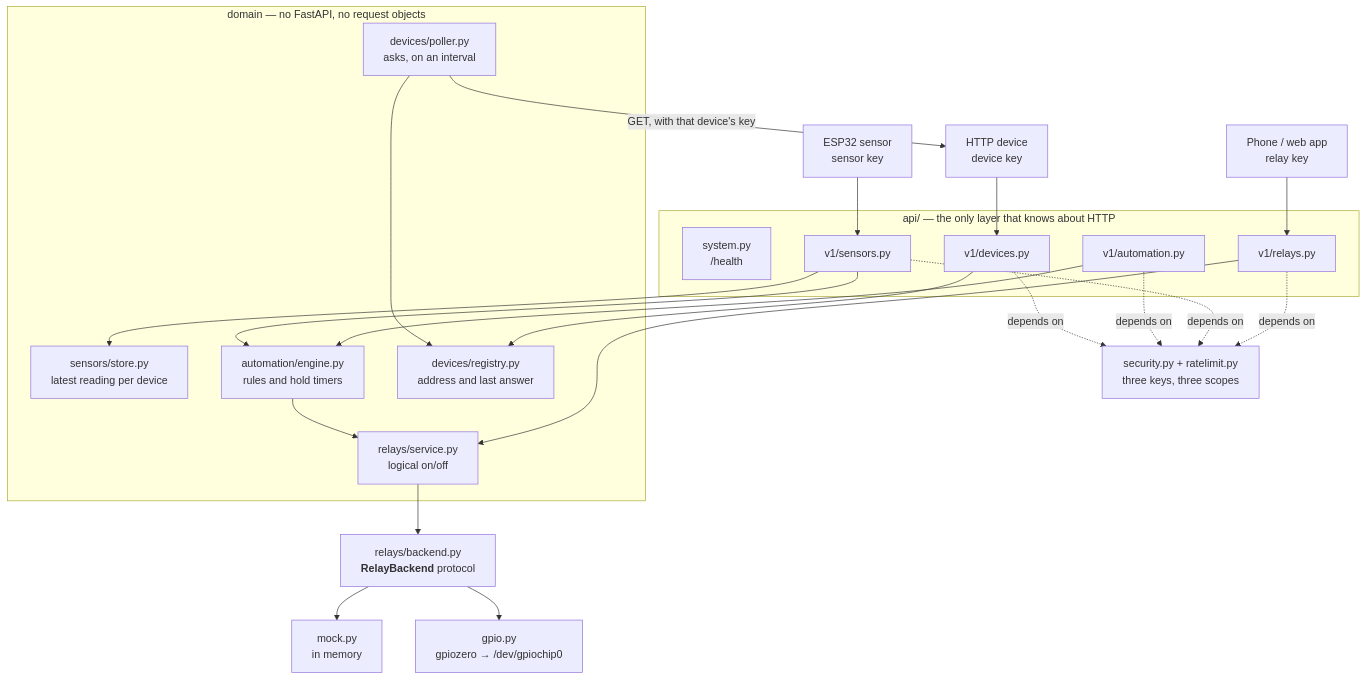
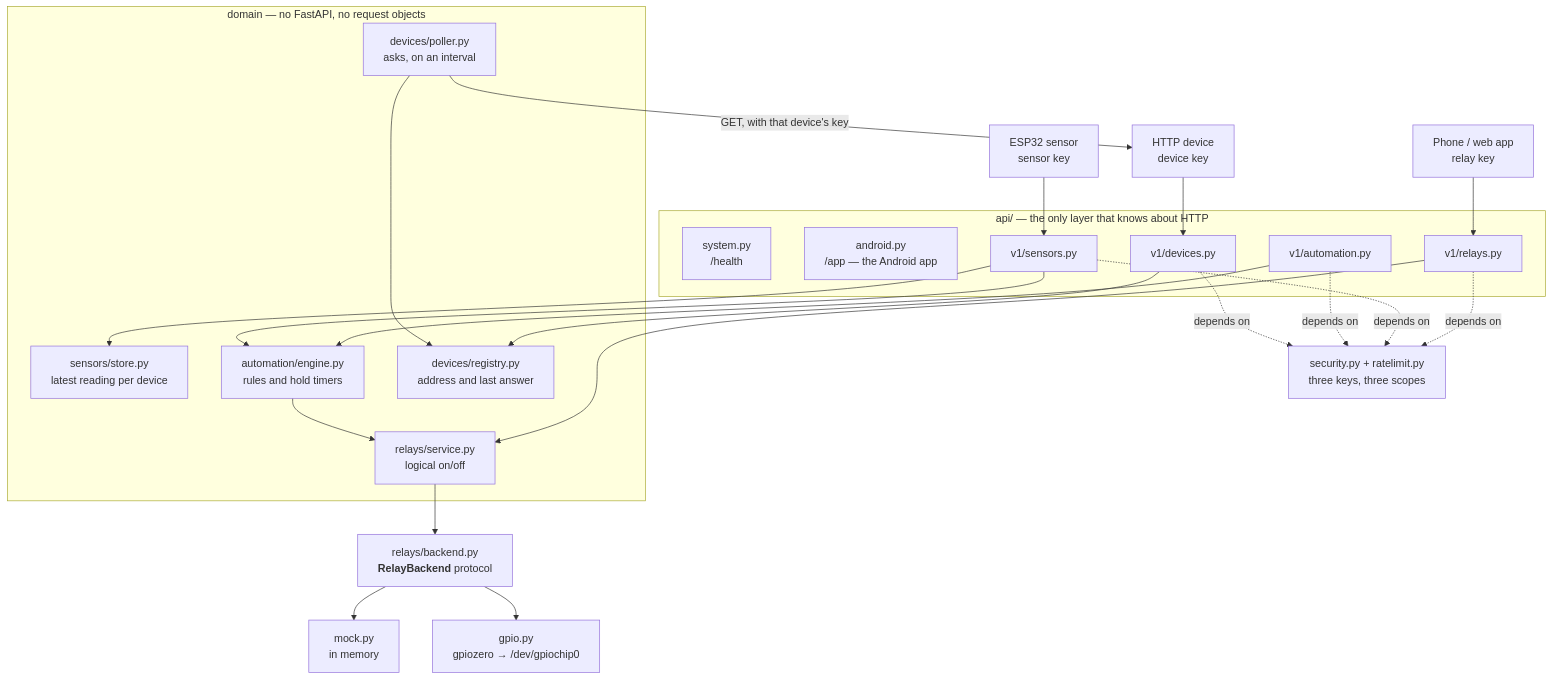
One commit to DGPRoman/pihome-hub changed the diagram in docs/architecture.md. Above: the diagram before and after it, drawn with Mermaid. The commit also changed other lines of this file and 3 other files, not shown here.

First line of the commit message:
docs: describe the android app the hub offers

````diff
--- a/docs/architecture.md
+++ b/docs/architecture.md
@@ -9,47 +9,48 @@
 ```mermaid
 flowchart TB
     phone["Phone / web app<br/>relay key"]
     firmware["ESP32 sensor<br/>sensor key"]
     device["HTTP device<br/>device key"]
 
     subgraph http["api/ — the only layer that knows about HTTP"]
         system["system.py<br/>/health"]
+        android["android.py<br/>/app — the Android app"]
         relayroutes["v1/relays.py"]
         sensorroutes["v1/sensors.py"]
         ruleroutes["v1/automation.py"]
         deviceroutes["v1/devices.py"]
     end
 
     guard["security.py + ratelimit.py<br/>three keys, three scopes"]
 
     subgraph core["domain — no FastAPI, no request objects"]
         relayservice["relays/service.py<br/>logical on/off"]
         store["sensors/store.py<br/>latest reading per device"]
         engine["automation/engine.py<br/>rules and hold timers"]
         registry["devices/registry.py<br/>address and last answer"]
         poller["devices/poller.py<br/>asks, on an interval"]
     end
 
     seam["relays/backend.py<br/><b>RelayBackend</b> protocol"]
     mock["mock.py<br/>in memory"]
     real["gpio.py<br/>gpiozero → /dev/gpiochip0"]
 
     phone --> relayroutes
     firmware --> sensorroutes
     device --> deviceroutes
     relayroutes -.->|depends on| guard
     sensorroutes -.->|depends on| guard
     ruleroutes -.->|depends on| guard
     deviceroutes -.->|depends on| guard
     relayroutes --> relayservice
     ruleroutes --> engine
     sensorroutes --> store
     sensorroutes --> engine
     deviceroutes --> registry
     poller --> registry
     poller -->|GET, with that device's key| device
     engine --> relayservice
     relayservice --> seam
     seam --> mock
     seam --> real
 ```
````
